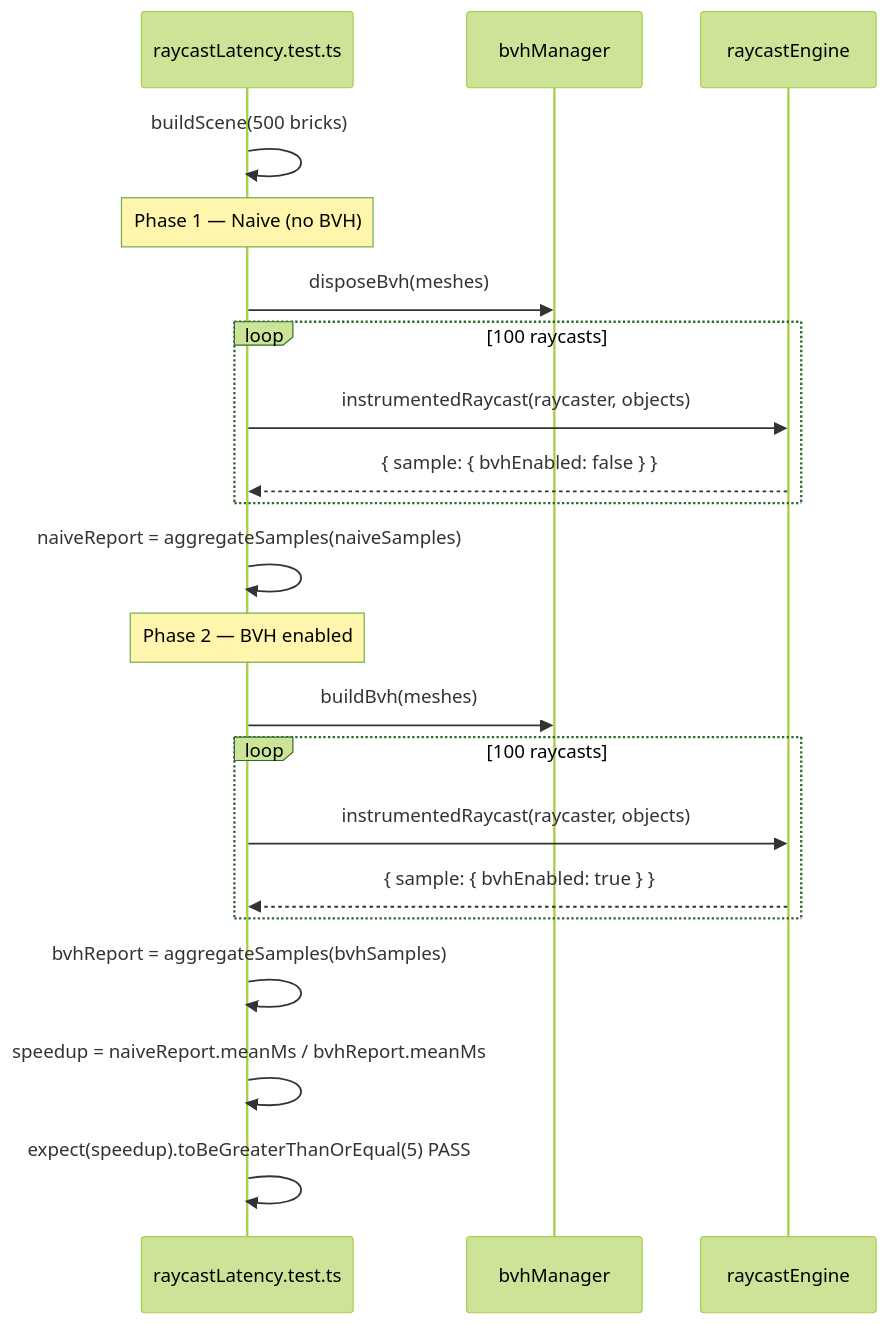
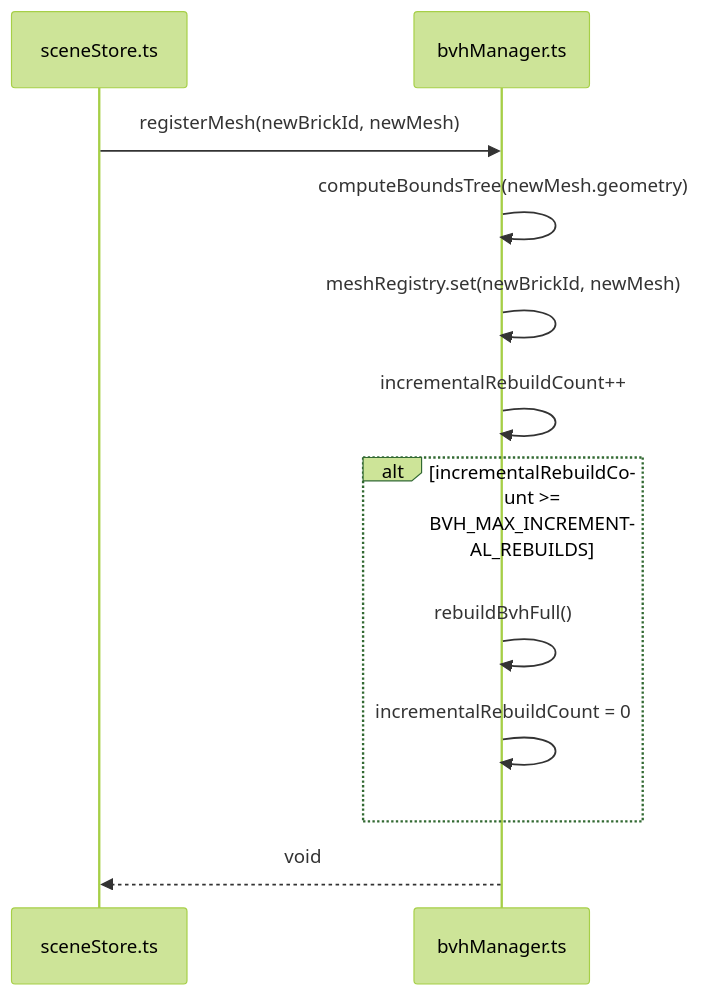
The third of 4 diagrams in docs/features/NFR-PERF-002/LOW_LEVEL_DESIGN.md (sreenivasmrpivot/legobuilder), drawn with Mermaid (forest theme) before and after one commit. The commit also changed other lines of this file, not shown here.

First line of the commit message:
docs: LLD for NFR-PERF-002 — Enforce <2ms raycast latency in 500-brick scenes via instrumented timing

````diff
--- a/docs/features/NFR-PERF-002/LOW_LEVEL_DESIGN.md
+++ b/docs/features/NFR-PERF-002/LOW_LEVEL_DESIGN.md
@@ -298,27 +318,15 @@
 ```mermaid
 sequenceDiagram
-    participant Test as raycastLatency.test.ts
-    participant BM as bvhManager
-    participant RE as raycastEngine
+    participant Store as sceneStore.ts
+    participant BVH as bvhManager.ts
 
-    Test->>Test: buildScene(500 bricks)
-
-    Note over Test: Phase 1 — Naive (no BVH)
-    Test->>BM: disposeBvh(meshes)
-    loop 100 raycasts
-        Test->>RE: instrumentedRaycast(raycaster, objects)
-        RE-->>Test: { sample: { bvhEnabled: false } }
+    Store->>BVH: registerMesh(newBrickId, newMesh)
+    BVH->>BVH: computeBoundsTree(newMesh.geometry)
+    BVH->>BVH: meshRegistry.set(newBrickId, newMesh)
+    BVH->>BVH: incrementalRebuildCount++
+    alt incrementalRebuildCount >= BVH_MAX_INCREMENTAL_REBUILDS
+        BVH->>BVH: rebuildBvhFull()
+        BVH->>BVH: incrementalRebuildCount = 0
     end
-    Test->>Test: naiveReport = aggregateSamples(naiveSamples)
-
-    Note over Test: Phase 2 — BVH enabled
-    Test->>BM: buildBvh(meshes)
-    loop 100 raycasts
-        Test->>RE: instrumentedRaycast(raycaster, objects)
-        RE-->>Test: { sample: { bvhEnabled: true } }
-    end
-    Test->>Test: bvhReport = aggregateSamples(bvhSamples)
-
-    Test->>Test: speedup = naiveReport.meanMs / bvhReport.meanMs
-    Test->>Test: expect(speedup).toBeGreaterThanOrEqual(5) PASS
+    BVH-->>Store: void
 ```
````
